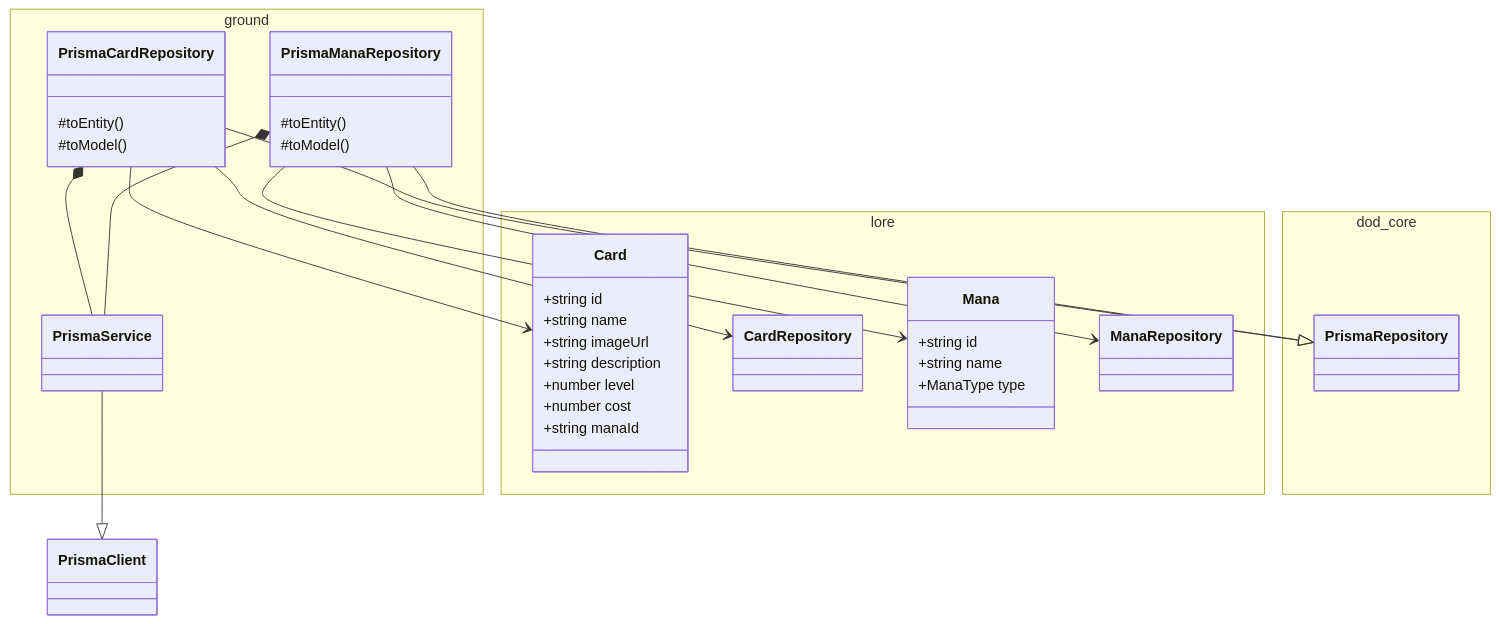
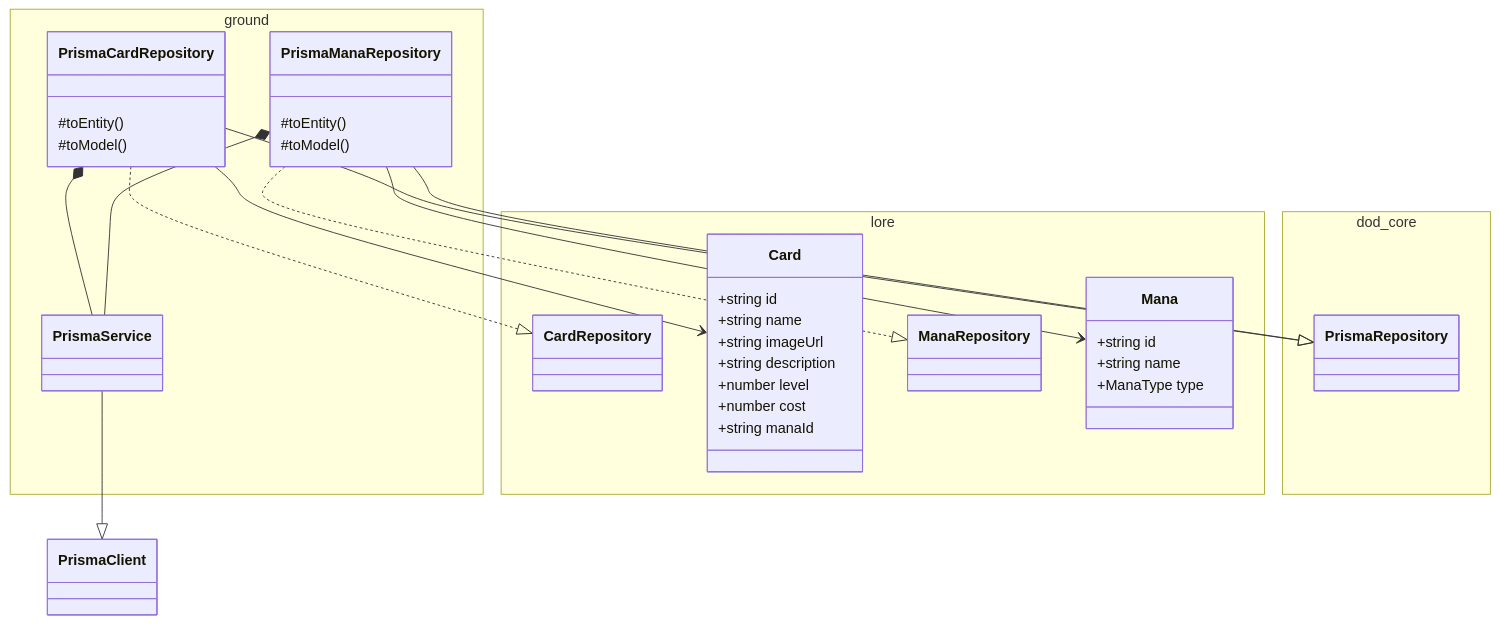
Before and after one commit to pslotinsky/decay-of-magic: the third of 3 diagrams in realms/codex/README.md, drawn with Mermaid. The commit also changed other lines of this file and 16 other files, not shown here.

````diff
--- a/realms/codex/README.md
+++ b/realms/codex/README.md
@@ -259,45 +160,45 @@
 ```mermaid
 classDiagram
   namespace ground {
     class PrismaService
     class PrismaCardRepository {
       #toEntity()
       #toModel()
     }
     class PrismaManaRepository {
       #toEntity()
       #toModel()
     }
   }
   namespace lore {
+    class CardRepository
     class Card {
       +string id
       +string name
       +string imageUrl
       +string description
       +number level
       +number cost
       +string manaId
     }
-    class CardRepository
+    class ManaRepository
     class Mana {
       +string id
       +string name
       +ManaType type
     }
-    class ManaRepository
   }
   namespace dod_core {
     class PrismaRepository
   }
 
   PrismaService --|> PrismaClient
   PrismaCardRepository --|> PrismaRepository
+  PrismaCardRepository ..|> CardRepository
   PrismaCardRepository *-- PrismaService
   PrismaCardRepository --> Card
-  PrismaCardRepository --> CardRepository
   PrismaManaRepository --|> PrismaRepository
+  PrismaManaRepository ..|> ManaRepository
   PrismaManaRepository *-- PrismaService
   PrismaManaRepository --> Mana
-  PrismaManaRepository --> ManaRepository
 ```
````
